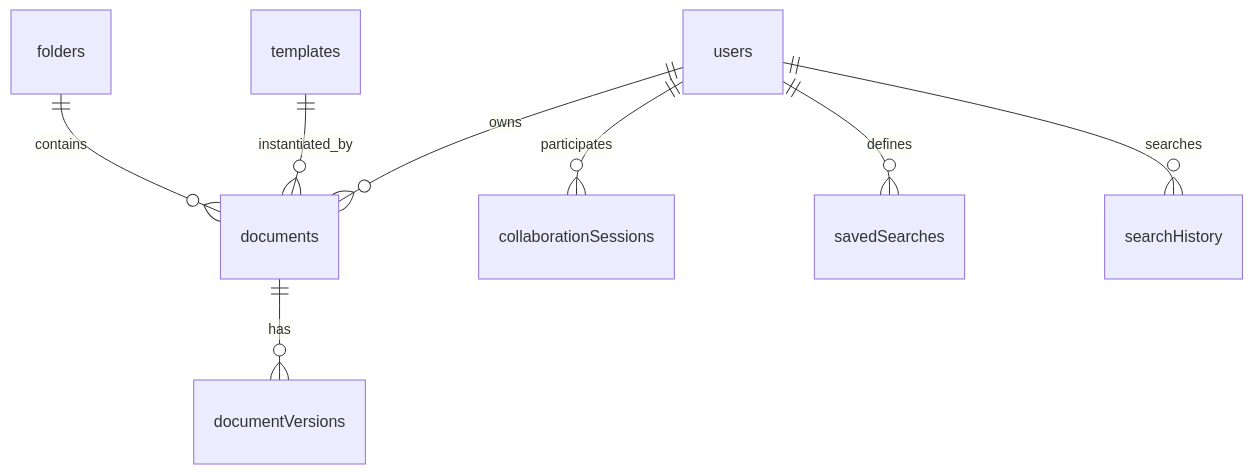
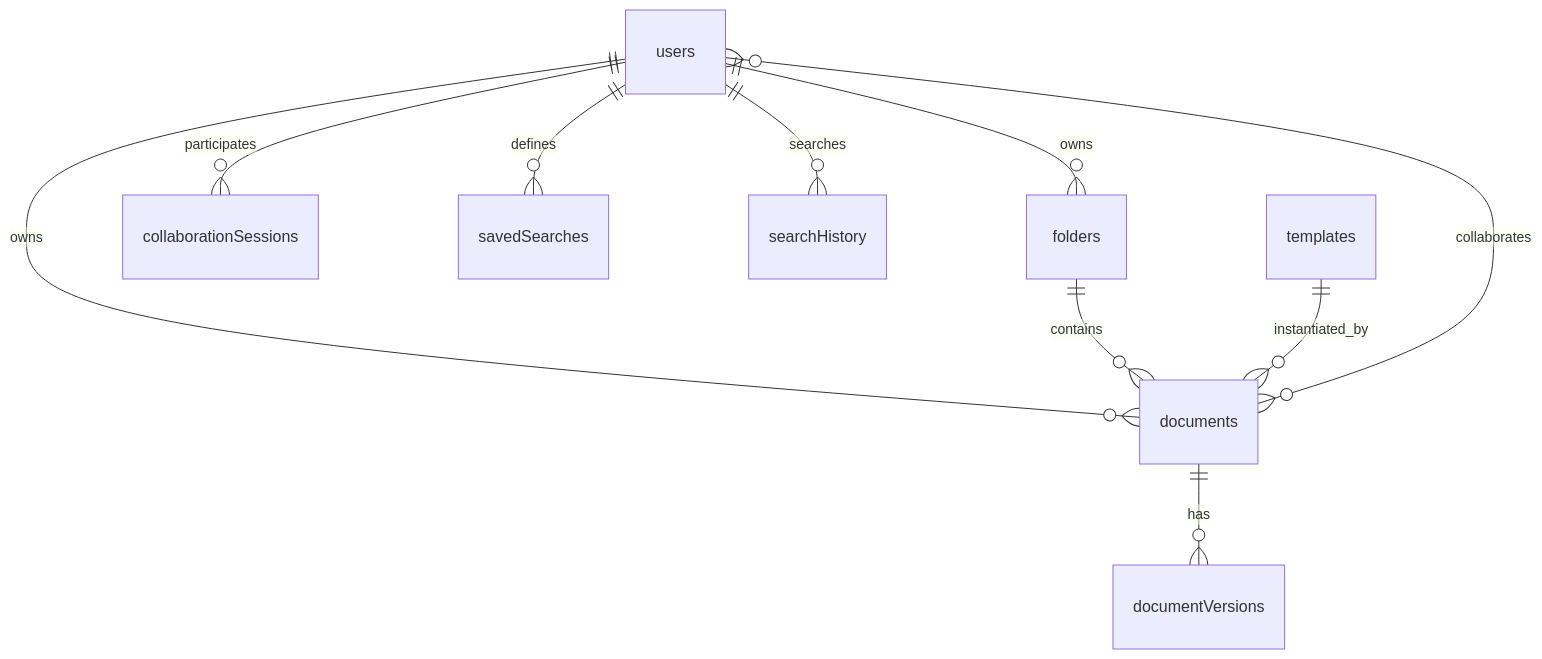
Before and after one commit to 12Mosch/AuraWrite: the diagram in .kilocode/rules/memory-bank/DATA_MODEL.md, drawn with Mermaid. The commit also changed other lines of this file and 6 other files, not shown here.

````diff
--- a/.kilocode/rules/memory-bank/DATA_MODEL.md
+++ b/.kilocode/rules/memory-bank/DATA_MODEL.md
@@ -15,10 +15,12 @@
 ```mermaid
 erDiagram
   users ||--o{ documents : owns
+  users ||--o{ folders : owns
   folders ||--o{ documents : contains
   documents ||--o{ documentVersions : has
   users ||--o{ collaborationSessions : participates
   users ||--o{ savedSearches : defines
   users ||--o{ searchHistory : searches
   templates ||--o{ documents : instantiated_by
+  users }o--o{ documents : collaborates
 ```
````
